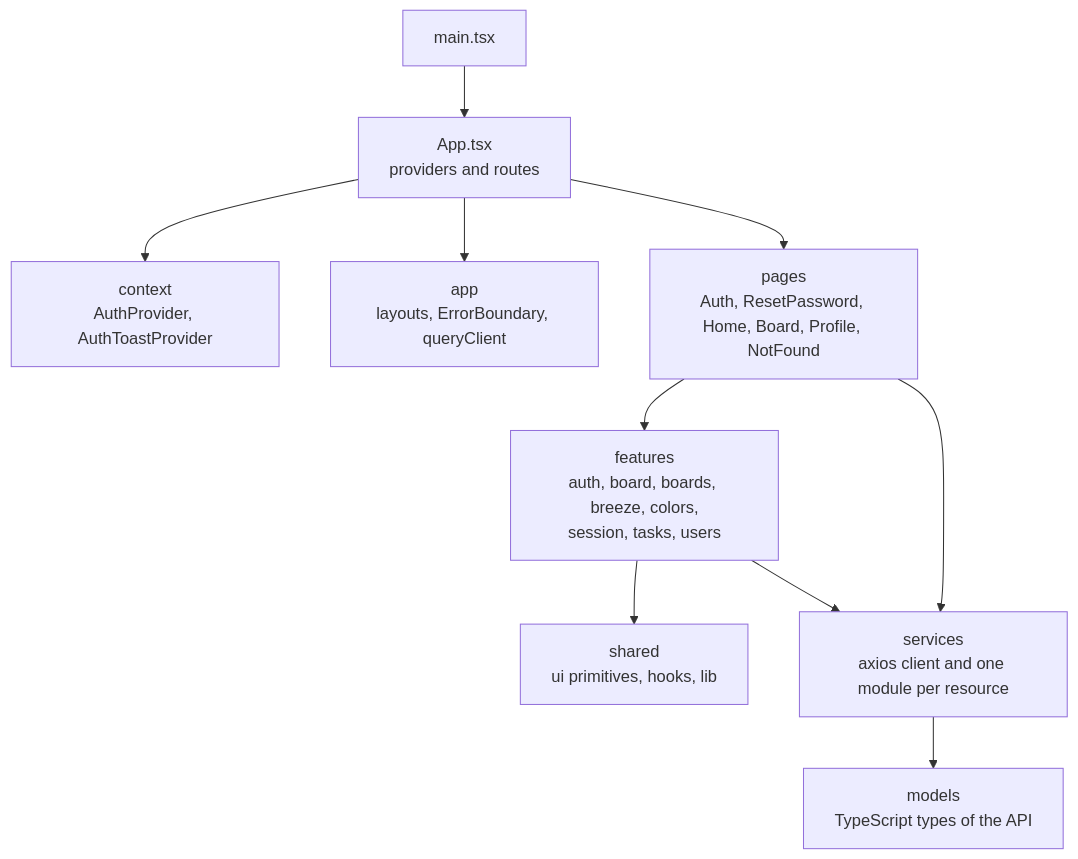
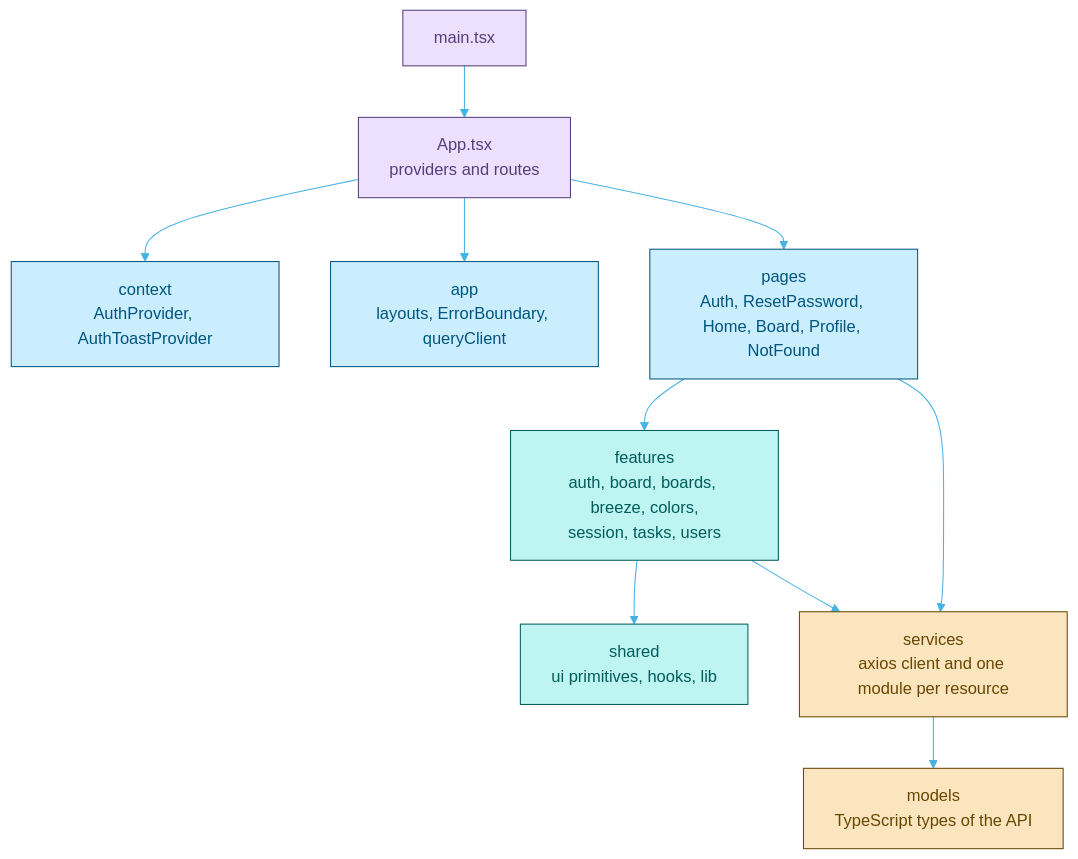
Before and after one commit to kfeuerschvenger/BreezyBoard: the sixth of 6 diagrams in docs/ARCHITECTURE.md, drawn with Mermaid. The commit also changed other lines of this file and 6 other files, not shown here.

Commit message:
docs: split the deep docs into architecture, environment, testing, CI, API and roadmap

````diff
--- a/docs/ARCHITECTURE.md
+++ b/docs/ARCHITECTURE.md
@@ -200,12 +238,21 @@
 ```mermaid
+%%{init: {"theme": "base", "themeVariables": {"fontFamily": "Segoe UI, Helvetica, Arial, sans-serif", "primaryColor": "#cbeeff", "primaryBorderColor": "#00557e", "primaryTextColor": "#00557e", "lineColor": "#46b1e3", "textColor": "#2f7fa8"}}}%%
 graph TD
-  Main[main.tsx] --> App[App.tsx<br/>providers and routes]
+  Main[main.tsx] --> App["App.tsx<br/>providers and routes"]
   App --> Context["context<br/>AuthProvider, AuthToastProvider"]
   App --> AppDir["app<br/>layouts, ErrorBoundary, queryClient"]
   App --> Pages["pages<br/>Auth, ResetPassword, Home, Board, Profile, NotFound"]
   Pages --> Features["features<br/>auth, board, boards, breeze, colors,<br/>session, tasks, users"]
   Features --> Shared["shared<br/>ui primitives, hooks, lib"]
   Pages --> Services["services<br/>axios client and one module per resource"]
   Features --> Services
   Services --> Models["models<br/>TypeScript types of the API"]
+  classDef sky fill:#cbeeff,stroke:#00557e,color:#00557e
+  classDef teal fill:#bef4f1,stroke:#005d5b,color:#005d5b
+  classDef lavender fill:#ede0ff,stroke:#563e7b,color:#563e7b
+  classDef sand fill:#fbe5bf,stroke:#684600,color:#684600
+  class Main,App lavender
+  class Context,AppDir,Pages sky
+  class Features,Shared teal
+  class Services,Models sand
 ```
````
